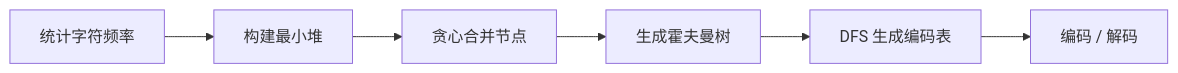
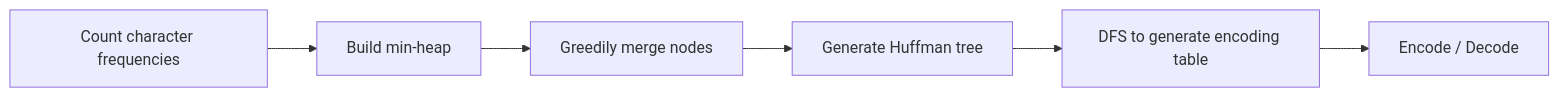
Before and after one commit to HONGLEI111/hhlblog-global: the third of 3 diagrams in src/content/technology/huffman-tree.md, drawn with Mermaid. The commit also changed other lines of this file and 33 other files, not shown here.

First line of the commit message:
content(code): 翻译 mermaid 图节点标签（34 文件 / 267 处）

````diff
--- a/src/content/technology/huffman-tree.md
+++ b/src/content/technology/huffman-tree.md
@@ -359,8 +359,8 @@
 ```mermaid
 graph LR
-    A[统计字符频率] --> B[构建最小堆]
-    B --> C[贪心合并节点]
-    C --> D[生成霍夫曼树]
-    D --> E[DFS 生成编码表]
-    E --> F[编码 / 解码]
+    A[Count character frequencies] --> B[Build min-heap]
+    B --> C[Greedily merge nodes]
+    C --> D[Generate Huffman tree]
+    D --> E[DFS to generate encoding table]
+    E --> F[Encode / Decode]
 ```
````
